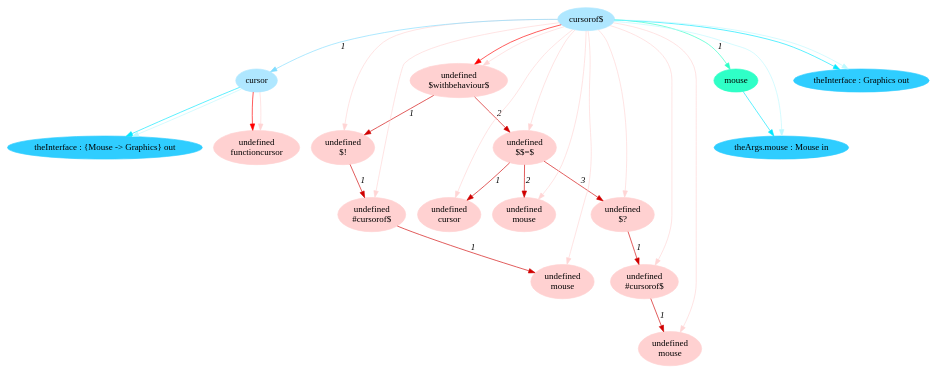
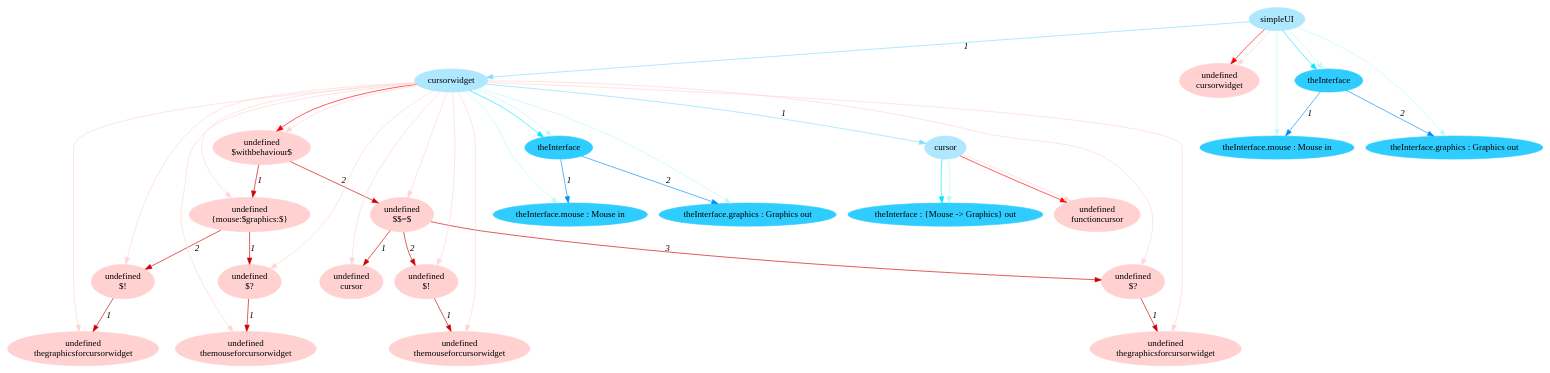
The diagram in lidl-core/example/ok/uiCursor/dot/1addDefinitionToGraph1.dot (crubier/lidl), drawn with Graphviz before and after one commit. The commit also changed 2465 other files, not shown here.

```diff
--- a/lidl-core/example/ok/uiCursor/dot/1addDefinitionToGraph1.dot
+++ b/lidl-core/example/ok/uiCursor/dot/1addDefinitionToGraph1.dot
@@ -1,59 +1,83 @@
-digraph g{node_11240 [shape="ellipse", style="filled", color="#ffd1d1", fontname="Times", label="undefined
+digraph g{node_11808 [shape="ellipse", style="filled", color="#ffd1d1", fontname="Times", label="undefined
 functioncursor" ]
-node_11252 [shape="ellipse", style="filled", color="#ffd1d1", fontname="Times", label="undefined
+node_11821 [shape="ellipse", style="filled", color="#ffd1d1", fontname="Times", label="undefined
 $withbehaviour$" ]
-node_11254 [shape="ellipse", style="filled", color="#ffd1d1", fontname="Times", label="undefined
+node_11823 [shape="ellipse", style="filled", color="#ffd1d1", fontname="Times", label="undefined
+{mouse:$graphics:$}" ]
+node_11825 [shape="ellipse", style="filled", color="#ffd1d1", fontname="Times", label="undefined
+$?" ]
+node_11827 [shape="ellipse", style="filled", color="#ffd1d1", fontname="Times", label="undefined
+themouseforcursorwidget" ]
+node_11830 [shape="ellipse", style="filled", color="#ffd1d1", fontname="Times", label="undefined
 $!" ]
-node_11256 [shape="ellipse", style="filled", color="#ffd1d1", fontname="Times", label="undefined
-#cursorof$" ]
-node_11258 [shape="ellipse", style="filled", color="#ffd1d1", fontname="Times", label="undefined
-mouse" ]
-node_11262 [shape="ellipse", style="filled", color="#ffd1d1", fontname="Times", label="undefined
+node_11832 [shape="ellipse", style="filled", color="#ffd1d1", fontname="Times", label="undefined
+thegraphicsforcursorwidget" ]
+node_11837 [shape="ellipse", style="filled", color="#ffd1d1", fontname="Times", label="undefined
 $$=$" ]
-node_11264 [shape="ellipse", style="filled", color="#ffd1d1", fontname="Times", label="undefined
+node_11839 [shape="ellipse", style="filled", color="#ffd1d1", fontname="Times", label="undefined
 cursor" ]
-node_11266 [shape="ellipse", style="filled", color="#ffd1d1", fontname="Times", label="undefined
-mouse" ]
-node_11268 [shape="ellipse", style="filled", color="#ffd1d1", fontname="Times", label="undefined
+node_11841 [shape="ellipse", style="filled", color="#ffd1d1", fontname="Times", label="undefined
+$!" ]
+node_11843 [shape="ellipse", style="filled", color="#ffd1d1", fontname="Times", label="undefined
+themouseforcursorwidget" ]
+node_11846 [shape="ellipse", style="filled", color="#ffd1d1", fontname="Times", label="undefined
 $?" ]
-node_11270 [shape="ellipse", style="filled", color="#ffd1d1", fontname="Times", label="undefined
-#cursorof$" ]
-node_11272 [shape="ellipse", style="filled", color="#ffd1d1", fontname="Times", label="undefined
-mouse" ]
-node_11235 [shape="ellipse", style="filled", color="#afe7ff", fontname="Times", label="cursorof$" ]
-node_11236 [shape="ellipse", style="filled", color="#afe7ff", fontname="Times", label="cursor" ]
-node_11244 [shape="ellipse", style="filled", color="#2fffc7", fontname="Times", label="mouse" ]
-node_11237 [shape="ellipse", style="filled", color="#2fcdff", fontname="Times", label="theInterface : {Mouse -> Graphics} out" ]
-node_11245 [shape="ellipse", style="filled", color="#2fcdff", fontname="Times", label="theArgs.mouse : Mouse in" ]
-node_11249 [shape="ellipse", style="filled", color="#2fcdff", fontname="Times", label="theInterface : Graphics out" ]
-node_11256 -> node_11258 [dir=forward, arrowHead=normal, fontname="Times-Italic", arrowsize=1, color="#d00000", label="1",  headlabel="", taillabel="" ]
-node_11254 -> node_11256 [dir=forward, arrowHead=normal, fontname="Times-Italic", arrowsize=1, color="#d00000", label="1",  headlabel="", taillabel="" ]
-node_11270 -> node_11272 [dir=forward, arrowHead=normal, fontname="Times-Italic", arrowsize=1, color="#d00000", label="1",  headlabel="", taillabel="" ]
-node_11268 -> node_11270 [dir=forward, arrowHead=normal, fontname="Times-Italic", arrowsize=1, color="#d00000", label="1",  headlabel="", taillabel="" ]
-node_11262 -> node_11264 [dir=forward, arrowHead=normal, fontname="Times-Italic", arrowsize=1, color="#d00000", label="1",  headlabel="", taillabel="" ]
-node_11262 -> node_11266 [dir=forward, arrowHead=normal, fontname="Times-Italic", arrowsize=1, color="#d00000", label="2",  headlabel="", taillabel="" ]
-node_11262 -> node_11268 [dir=forward, arrowHead=normal, fontname="Times-Italic", arrowsize=1, color="#d00000", label="3",  headlabel="", taillabel="" ]
-node_11252 -> node_11254 [dir=forward, arrowHead=normal, fontname="Times-Italic", arrowsize=1, color="#d00000", label="1",  headlabel="", taillabel="" ]
-node_11252 -> node_11262 [dir=forward, arrowHead=normal, fontname="Times-Italic", arrowsize=1, color="#d00000", label="2",  headlabel="", taillabel="" ]
-node_11236 -> node_11240 [dir=forward, arrowHead=normal, fontname="Times-Italic", arrowsize=1, color="#ff0000", label="",  headlabel="", taillabel="" ]
-node_11235 -> node_11252 [dir=forward, arrowHead=normal, fontname="Times-Italic", arrowsize=1, color="#ff0000", label="",  headlabel="", taillabel="" ]
-node_11236 -> node_11240 [dir=forward, arrowHead=normal, fontname="Times-Italic", arrowsize=1, color="#ffd5d5", label="",  headlabel="", taillabel="" ]
-node_11235 -> node_11252 [dir=forward, arrowHead=normal, fontname="Times-Italic", arrowsize=1, color="#ffd5d5", label="",  headlabel="", taillabel="" ]
-node_11235 -> node_11254 [dir=forward, arrowHead=normal, fontname="Times-Italic", arrowsize=1, color="#ffd5d5", label="",  headlabel="", taillabel="" ]
-node_11235 -> node_11256 [dir=forward, arrowHead=normal, fontname="Times-Italic", arrowsize=1, color="#ffd5d5", label="",  headlabel="", taillabel="" ]
-node_11235 -> node_11258 [dir=forward, arrowHead=normal, fontname="Times-Italic", arrowsize=1, color="#ffd5d5", label="",  headlabel="", taillabel="" ]
-node_11235 -> node_11262 [dir=forward, arrowHead=normal, fontname="Times-Italic", arrowsize=1, color="#ffd5d5", label="",  headlabel="", taillabel="" ]
-node_11235 -> node_11264 [dir=forward, arrowHead=normal, fontname="Times-Italic", arrowsize=1, color="#ffd5d5", label="",  headlabel="", taillabel="" ]
-node_11235 -> node_11266 [dir=forward, arrowHead=normal, fontname="Times-Italic", arrowsize=1, color="#ffd5d5", label="",  headlabel="", taillabel="" ]
-node_11235 -> node_11268 [dir=forward, arrowHead=normal, fontname="Times-Italic", arrowsize=1, color="#ffd5d5", label="",  headlabel="", taillabel="" ]
-node_11235 -> node_11270 [dir=forward, arrowHead=normal, fontname="Times-Italic", arrowsize=1, color="#ffd5d5", label="",  headlabel="", taillabel="" ]
-node_11235 -> node_11272 [dir=forward, arrowHead=normal, fontname="Times-Italic", arrowsize=1, color="#ffd5d5", label="",  headlabel="", taillabel="" ]
-node_11235 -> node_11244 [dir=forward, arrowHead=normal, fontname="Times-Italic", arrowsize=1, color="#2fffc7", label="1",  headlabel="", taillabel="" ]
-node_11244 -> node_11245 [dir=forward, arrowHead=normal, fontname="Times-Italic", arrowsize=1, color="#00e8ff", label="",  headlabel="", taillabel="" ]
-node_11236 -> node_11237 [dir=forward, arrowHead=normal, fontname="Times-Italic", arrowsize=1, color="#00e8ff", label="",  headlabel="", taillabel="" ]
-node_11235 -> node_11249 [dir=forward, arrowHead=normal, fontname="Times-Italic", arrowsize=1, color="#00e8ff", label="",  headlabel="", taillabel="" ]
-node_11236 -> node_11237 [dir=forward, arrowHead=normal, fontname="Times-Italic", arrowsize=1, color="#bef9ff", label="",  headlabel="", taillabel="" ]
-node_11235 -> node_11245 [dir=forward, arrowHead=normal, fontname="Times-Italic", arrowsize=1, color="#bef9ff", label="",  headlabel="", taillabel="" ]
-node_11235 -> node_11249 [dir=forward, arrowHead=normal, fontname="Times-Italic", arrowsize=1, color="#bef9ff", label="",  headlabel="", taillabel="" ]
-node_11235 -> node_11236 [dir=forward, arrowHead=normal, fontname="Times-Italic", arrowsize=1, color="#81ddff", label="1",  headlabel="", taillabel="" ]
+node_11848 [shape="ellipse", style="filled", color="#ffd1d1", fontname="Times", label="undefined
+thegraphicsforcursorwidget" ]
+node_11867 [shape="ellipse", style="filled", color="#ffd1d1", fontname="Times", label="undefined
+cursorwidget" ]
+node_11802 [shape="ellipse", style="filled", color="#afe7ff", fontname="Times", label="simpleUI" ]
+node_11803 [shape="ellipse", style="filled", color="#afe7ff", fontname="Times", label="cursorwidget" ]
+node_11804 [shape="ellipse", style="filled", color="#afe7ff", fontname="Times", label="cursor" ]
+node_11805 [shape="ellipse", style="filled", color="#2fcdff", fontname="Times", label="theInterface : {Mouse -> Graphics} out" ]
+node_11812 [shape="ellipse", style="filled", color="#2fcdff", fontname="Times", label="theInterface" ]
+node_11813 [shape="ellipse", style="filled", color="#2fcdff", fontname="Times", label="theInterface.mouse : Mouse in" ]
+node_11815 [shape="ellipse", style="filled", color="#2fcdff", fontname="Times", label="theInterface.graphics : Graphics out" ]
+node_11858 [shape="ellipse", style="filled", color="#2fcdff", fontname="Times", label="theInterface" ]
+node_11859 [shape="ellipse", style="filled", color="#2fcdff", fontname="Times", label="theInterface.mouse : Mouse in" ]
+node_11861 [shape="ellipse", style="filled", color="#2fcdff", fontname="Times", label="theInterface.graphics : Graphics out" ]
+node_11825 -> node_11827 [dir=forward, arrowHead=normal, fontname="Times-Italic", arrowsize=1, color="#d00000", label="1",  headlabel="", taillabel="" ]
+node_11830 -> node_11832 [dir=forward, arrowHead=normal, fontname="Times-Italic", arrowsize=1, color="#d00000", label="1",  headlabel="", taillabel="" ]
+node_11823 -> node_11825 [dir=forward, arrowHead=normal, fontname="Times-Italic", arrowsize=1, color="#d00000", label="1",  headlabel="", taillabel="" ]
+node_11823 -> node_11830 [dir=forward, arrowHead=normal, fontname="Times-Italic", arrowsize=1, color="#d00000", label="2",  headlabel="", taillabel="" ]
+node_11841 -> node_11843 [dir=forward, arrowHead=normal, fontname="Times-Italic", arrowsize=1, color="#d00000", label="1",  headlabel="", taillabel="" ]
+node_11846 -> node_11848 [dir=forward, arrowHead=normal, fontname="Times-Italic", arrowsize=1, color="#d00000", label="1",  headlabel="", taillabel="" ]
+node_11837 -> node_11839 [dir=forward, arrowHead=normal, fontname="Times-Italic", arrowsize=1, color="#d00000", label="1",  headlabel="", taillabel="" ]
+node_11837 -> node_11841 [dir=forward, arrowHead=normal, fontname="Times-Italic", arrowsize=1, color="#d00000", label="2",  headlabel="", taillabel="" ]
+node_11837 -> node_11846 [dir=forward, arrowHead=normal, fontname="Times-Italic", arrowsize=1, color="#d00000", label="3",  headlabel="", taillabel="" ]
+node_11821 -> node_11823 [dir=forward, arrowHead=normal, fontname="Times-Italic", arrowsize=1, color="#d00000", label="1",  headlabel="", taillabel="" ]
+node_11821 -> node_11837 [dir=forward, arrowHead=normal, fontname="Times-Italic", arrowsize=1, color="#d00000", label="2",  headlabel="", taillabel="" ]
+node_11804 -> node_11808 [dir=forward, arrowHead=normal, fontname="Times-Italic", arrowsize=1, color="#ff0000", label="",  headlabel="", taillabel="" ]
+node_11803 -> node_11821 [dir=forward, arrowHead=normal, fontname="Times-Italic", arrowsize=1, color="#ff0000", label="",  headlabel="", taillabel="" ]
+node_11802 -> node_11867 [dir=forward, arrowHead=normal, fontname="Times-Italic", arrowsize=1, color="#ff0000", label="",  headlabel="", taillabel="" ]
+node_11804 -> node_11808 [dir=forward, arrowHead=normal, fontname="Times-Italic", arrowsize=1, color="#ffd5d5", label="",  headlabel="", taillabel="" ]
+node_11803 -> node_11821 [dir=forward, arrowHead=normal, fontname="Times-Italic", arrowsize=1, color="#ffd5d5", label="",  headlabel="", taillabel="" ]
+node_11803 -> node_11823 [dir=forward, arrowHead=normal, fontname="Times-Italic", arrowsize=1, color="#ffd5d5", label="",  headlabel="", taillabel="" ]
+node_11803 -> node_11825 [dir=forward, arrowHead=normal, fontname="Times-Italic", arrowsize=1, color="#ffd5d5", label="",  headlabel="", taillabel="" ]
+node_11803 -> node_11827 [dir=forward, arrowHead=normal, fontname="Times-Italic", arrowsize=1, color="#ffd5d5", label="",  headlabel="", taillabel="" ]
+node_11803 -> node_11830 [dir=forward, arrowHead=normal, fontname="Times-Italic", arrowsize=1, color="#ffd5d5", label="",  headlabel="", taillabel="" ]
+node_11803 -> node_11832 [dir=forward, arrowHead=normal, fontname="Times-Italic", arrowsize=1, color="#ffd5d5", label="",  headlabel="", taillabel="" ]
+node_11803 -> node_11837 [dir=forward, arrowHead=normal, fontname="Times-Italic", arrowsize=1, color="#ffd5d5", label="",  headlabel="", taillabel="" ]
+node_11803 -> node_11839 [dir=forward, arrowHead=normal, fontname="Times-Italic", arrowsize=1, color="#ffd5d5", label="",  headlabel="", taillabel="" ]
+node_11803 -> node_11841 [dir=forward, arrowHead=normal, fontname="Times-Italic", arrowsize=1, color="#ffd5d5", label="",  headlabel="", taillabel="" ]
+node_11803 -> node_11843 [dir=forward, arrowHead=normal, fontname="Times-Italic", arrowsize=1, color="#ffd5d5", label="",  headlabel="", taillabel="" ]
+node_11803 -> node_11846 [dir=forward, arrowHead=normal, fontname="Times-Italic", arrowsize=1, color="#ffd5d5", label="",  headlabel="", taillabel="" ]
+node_11803 -> node_11848 [dir=forward, arrowHead=normal, fontname="Times-Italic", arrowsize=1, color="#ffd5d5", label="",  headlabel="", taillabel="" ]
+node_11802 -> node_11867 [dir=forward, arrowHead=normal, fontname="Times-Italic", arrowsize=1, color="#ffd5d5", label="",  headlabel="", taillabel="" ]
+node_11804 -> node_11805 [dir=forward, arrowHead=normal, fontname="Times-Italic", arrowsize=1, color="#00e8ff", label="",  headlabel="", taillabel="" ]
+node_11803 -> node_11812 [dir=forward, arrowHead=normal, fontname="Times-Italic", arrowsize=1, color="#00e8ff", label="",  headlabel="", taillabel="" ]
+node_11802 -> node_11858 [dir=forward, arrowHead=normal, fontname="Times-Italic", arrowsize=1, color="#00e8ff", label="",  headlabel="", taillabel="" ]
+node_11804 -> node_11805 [dir=forward, arrowHead=normal, fontname="Times-Italic", arrowsize=1, color="#bef9ff", label="",  headlabel="", taillabel="" ]
+node_11803 -> node_11813 [dir=forward, arrowHead=normal, fontname="Times-Italic", arrowsize=1, color="#bef9ff", label="",  headlabel="", taillabel="" ]
+node_11803 -> node_11815 [dir=forward, arrowHead=normal, fontname="Times-Italic", arrowsize=1, color="#bef9ff", label="",  headlabel="", taillabel="" ]
+node_11803 -> node_11812 [dir=forward, arrowHead=normal, fontname="Times-Italic", arrowsize=1, color="#bef9ff", label="",  headlabel="", taillabel="" ]
+node_11802 -> node_11859 [dir=forward, arrowHead=normal, fontname="Times-Italic", arrowsize=1, color="#bef9ff", label="",  headlabel="", taillabel="" ]
+node_11802 -> node_11861 [dir=forward, arrowHead=normal, fontname="Times-Italic", arrowsize=1, color="#bef9ff", label="",  headlabel="", taillabel="" ]
+node_11802 -> node_11858 [dir=forward, arrowHead=normal, fontname="Times-Italic", arrowsize=1, color="#bef9ff", label="",  headlabel="", taillabel="" ]
+node_11812 -> node_11813 [dir=forward, arrowHead=normal, fontname="Times-Italic", arrowsize=1, color="#008cff", label="1",  headlabel="", taillabel="" ]
+node_11812 -> node_11815 [dir=forward, arrowHead=normal, fontname="Times-Italic", arrowsize=1, color="#008cff", label="2",  headlabel="", taillabel="" ]
+node_11858 -> node_11859 [dir=forward, arrowHead=normal, fontname="Times-Italic", arrowsize=1, color="#008cff", label="1",  headlabel="", taillabel="" ]
+node_11858 -> node_11861 [dir=forward, arrowHead=normal, fontname="Times-Italic", arrowsize=1, color="#008cff", label="2",  headlabel="", taillabel="" ]
+node_11803 -> node_11804 [dir=forward, arrowHead=normal, fontname="Times-Italic", arrowsize=1, color="#81ddff", label="1",  headlabel="", taillabel="" ]
+node_11802 -> node_11803 [dir=forward, arrowHead=normal, fontname="Times-Italic", arrowsize=1, color="#81ddff", label="1",  headlabel="", taillabel="" ]
 }
```
